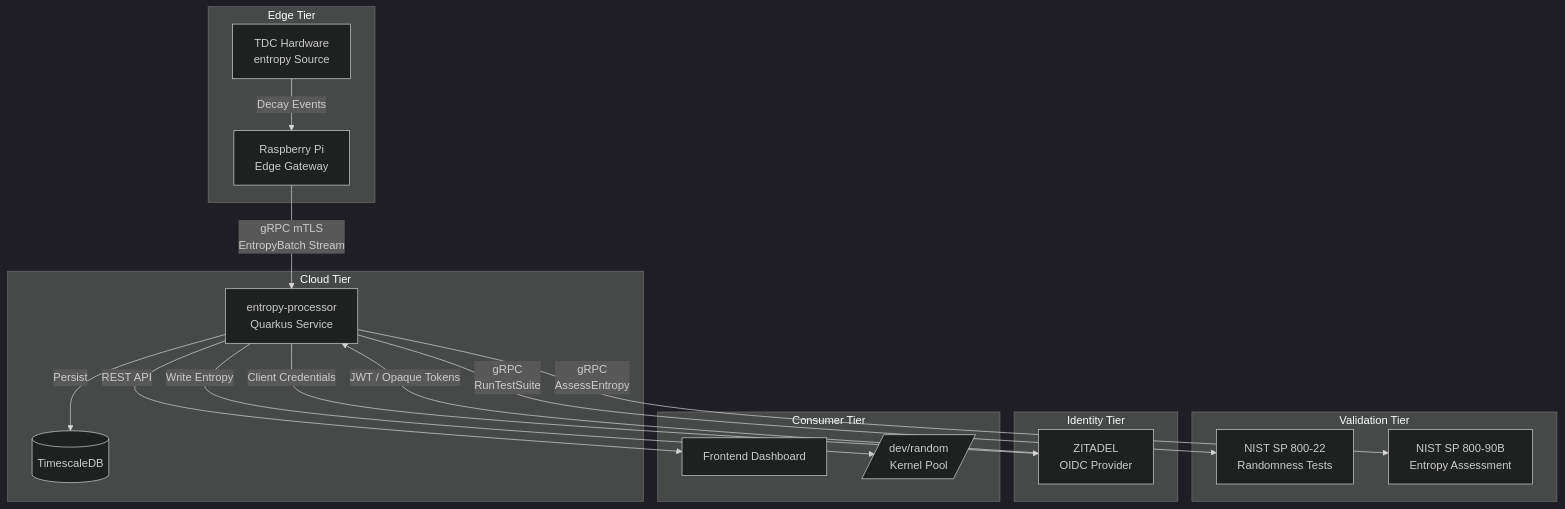
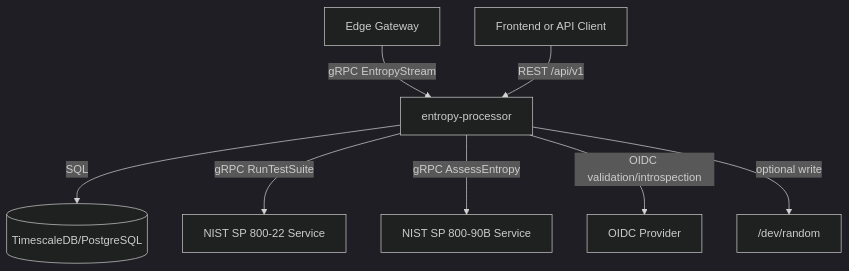
One commit to AmmannChristian/entropy-processor changed the first of 3 diagrams in docs/architecture.md. Above: the diagram before and after it, drawn with Mermaid (dark theme). The commit also changed other lines of this file and 47 other files, not shown here.

First line of the commit message:
Add unit tests for `ComparisonResource` and `EntropyComparisonService`

````diff
--- a/docs/architecture.md
+++ b/docs/architecture.md
@@ -29,36 +19,11 @@
 ```mermaid
-graph TB
-    subgraph Edge Tier
-        GW[Raspberry Pi<br/>Edge Gateway]
-        TDC[TDC Hardware<br/>entropy Source]
-    end
+graph TD
+    GW[Edge Gateway] -->|gRPC EntropyStream| EP[entropy-processor]
+    FE[Frontend or API Client] -->|REST /api/v1| EP
 
-    subgraph Cloud Tier
-        EA[entropy-processor<br/>Quarkus Service]
-        DB[(TimescaleDB)]
-    end
-
-    subgraph Validation Tier
-        N22[NIST SP 800-22<br/>Randomness Tests]
-        N90[NIST SP 800-90B<br/>Entropy Assessment]
-    end
-
-    subgraph Identity Tier
-        ZIT[ZITADEL<br/>OIDC Provider]
-    end
-
-    subgraph Consumer Tier
-        FE[Frontend Dashboard]
-        KRN[/dev/random<br/>Kernel Pool/]
-    end
-
-    TDC -->|Decay Events| GW
-    GW -->|gRPC mTLS<br/>EntropyBatch Stream| EA
-    EA -->|Persist| DB
-    EA -->|gRPC<br/>RunTestSuite| N22
-    EA -->|gRPC<br/>AssessEntropy| N90
-    EA -->|REST API| FE
-    EA -->|Write Entropy| KRN
-    ZIT -->|JWT / Opaque Tokens| EA
-    EA -->|Client Credentials| ZIT
+    EP -->|SQL| DB[(TimescaleDB/PostgreSQL)]
+    EP -->|gRPC RunTestSuite| N22[NIST SP 800-22 Service]
+    EP -->|gRPC AssessEntropy| N90[NIST SP 800-90B Service]
+    EP -->|OIDC validation/introspection| OIDC[OIDC Provider]
+    EP -->|optional write| KRN["/dev/random"]
 ```
````
